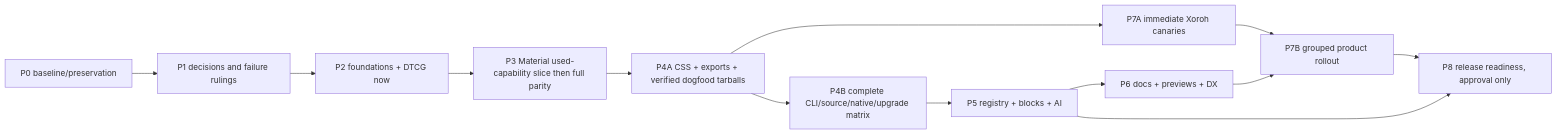
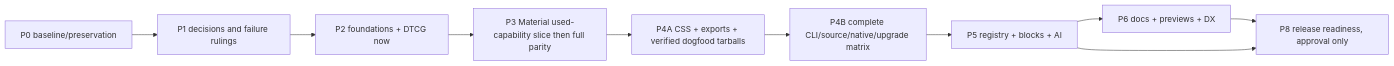
One commit to xoroh/kern changed the diagram in docs/planning/IMPLEMENTATION_PHASES.md. Above: the diagram before and after it, drawn with Mermaid. The commit also changed other lines of this file and 12 other files, not shown here.

````diff
--- a/docs/planning/IMPLEMENTATION_PHASES.md
+++ b/docs/planning/IMPLEMENTATION_PHASES.md
@@ -5,15 +5,12 @@
 ```mermaid
 flowchart LR
   P0["P0 baseline/preservation"] --> P1["P1 decisions and failure rulings"]
   P1 --> P2["P2 foundations + DTCG now"]
   P2 --> P3["P3 Material used-capability slice then full parity"]
   P3 --> P4A["P4A CSS + exports + verified dogfood tarballs"]
-  P4A --> P7A["P7A immediate Xoroh canaries"]
   P4A --> P4B["P4B complete CLI/source/native/upgrade matrix"]
   P4B --> P5["P5 registry + blocks + AI"]
   P5 --> P6["P6 docs + previews + DX"]
-  P7A --> P7B["P7B grouped product rollout"]
-  P6 --> P7B
-  P7B --> P8["P8 release readiness, approval only"]
+  P6 --> P8["P8 release readiness, approval only"]
   P5 --> P8
 ```
````
